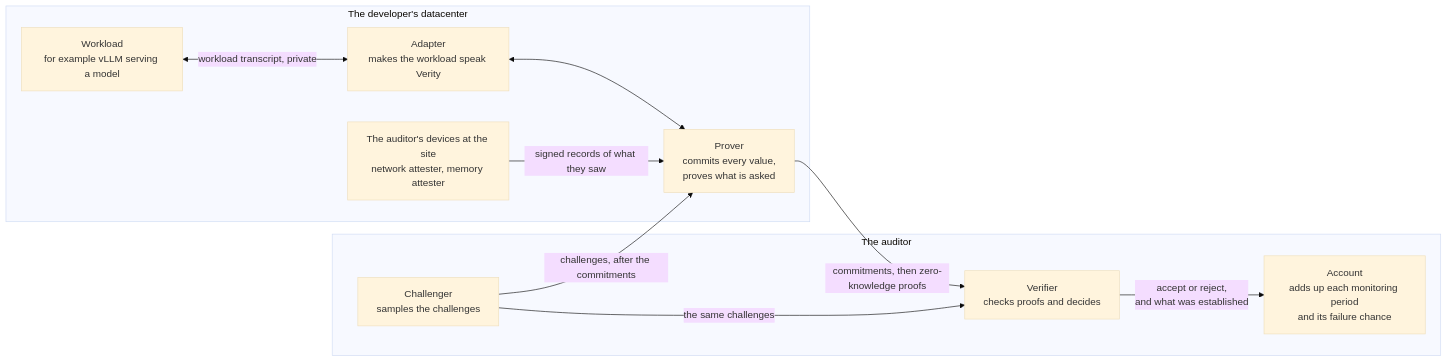
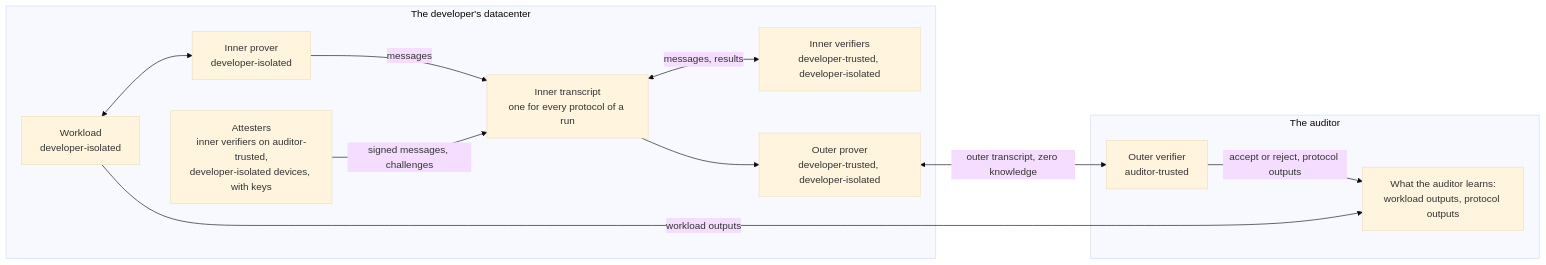
The first of 5 diagrams in ARCHITECTURE.md (compute-verification/verity), drawn with Mermaid (base theme) before and after one commit. The commit also changed other lines of this file, not shown here.

First line of the commit message:
ARCHITECTURE.md: the settled architecture, what is open, and where main differs

````diff
--- a/ARCHITECTURE.md
+++ b/ARCHITECTURE.md
@@ -10,21 +13,23 @@
 ```mermaid
 flowchart LR
     subgraph dev["The developer's datacenter"]
-        W["Workload<br/>for example vLLM serving a model"]
-        A["Adapter<br/>makes the workload speak Verity"]
-        P["Prover<br/>commits every value,<br/>proves what is asked"]
-        D["The auditor's devices at the site<br/>network attester, memory attester"]
+        W["Workload<br/>developer-isolated"]
+        IP["Inner prover<br/>developer-isolated"]
+        T["Inner transcript<br/>one for every protocol of a run"]
+        IV["Inner verifiers<br/>developer-trusted, developer-isolated"]
+        AT["Attesters<br/>inner verifiers on auditor-trusted,<br/>developer-isolated devices, with keys"]
+        OP["Outer prover<br/>developer-trusted, developer-isolated"]
     end
     subgraph aud["The auditor"]
-        C["Challenger<br/>samples the challenges"]
-        V["Verifier<br/>checks proofs and decides"]
-        L["Account<br/>adds up each monitoring period<br/>and its failure chance"]
+        OV["Outer verifier<br/>auditor-trusted"]
+        A["What the auditor learns:<br/>workload outputs, protocol outputs"]
     end
-    W <-->|"workload transcript, private"| A
-    A <--> P
-    D -->|"signed records of what they saw"| P
-    C -->|"challenges, after the commitments"| P
-    P -->|"commitments, then zero-knowledge proofs"| V
-    C -->|"the same challenges"| V
-    V -->|"accept or reject,<br/>and what was established"| L
+    W <--> IP
+    IP -->|"messages"| T
+    T <-->|"messages, results"| IV
+    AT -->|"signed messages, challenges"| T
+    T --> OP
+    OP <-->|"outer transcript, zero knowledge"| OV
+    OV -->|"accept or reject, protocol outputs"| A
+    W -->|"workload outputs"| A
 ```
````
